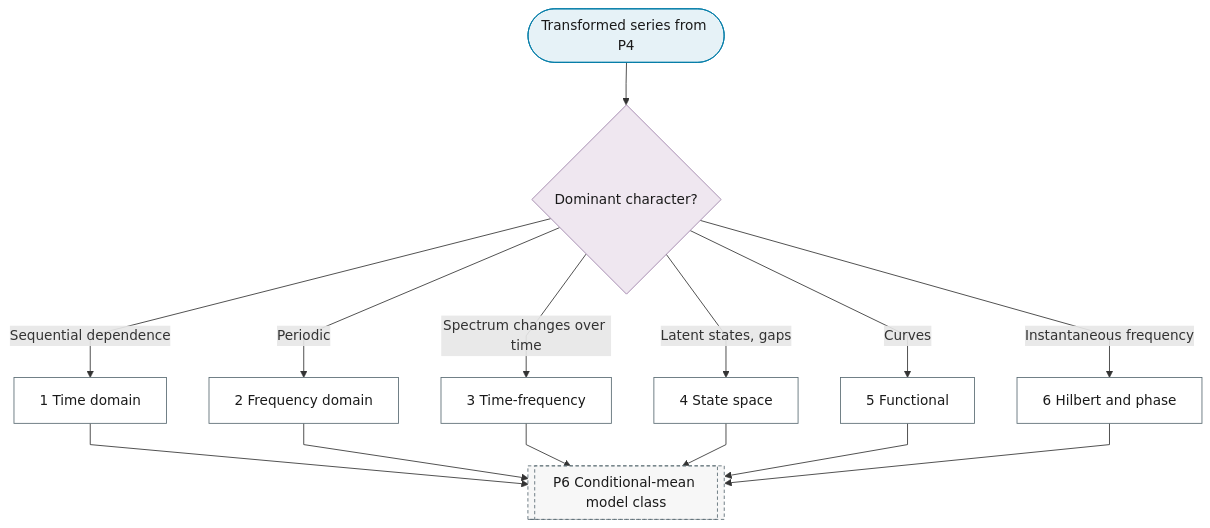
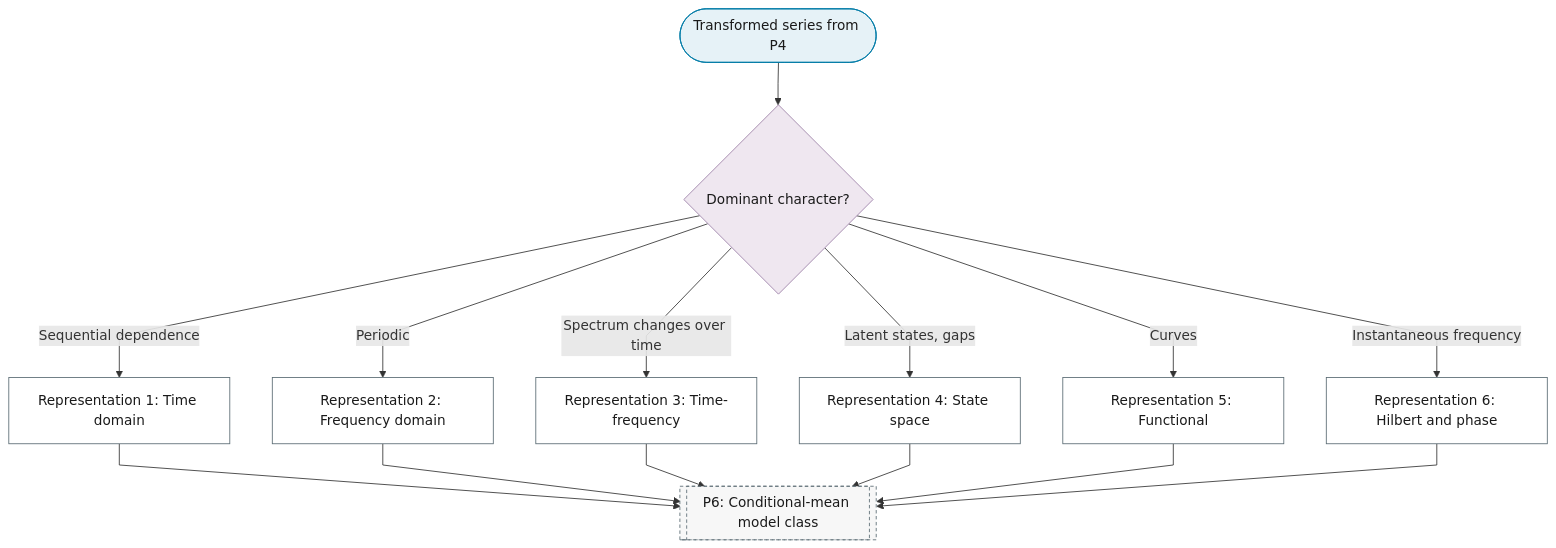
The diagram in docs/01-workflow/p05-representation/index.md (Shuxin-Y/time-series-analysis-manual), drawn with Mermaid before and after one commit. The commit also changed 17 other files, not shown here.

````diff
--- a/docs/01-workflow/p05-representation/index.md
+++ b/docs/01-workflow/p05-representation/index.md
@@ -9,24 +9,24 @@
 ```mermaid
 %%{init: {"flowchart": {"curve": "linear"}}}%%
 graph TD
     P5_IN(["Transformed series from P4"]) --> P5_CHARACTER{"Dominant character?"}
-    P5_CHARACTER -->|"Sequential dependence"| P5_TIME_DOMAIN["1 Time domain"]
-    P5_CHARACTER -->|"Periodic"| P5_FREQUENCY_DOMAIN["2 Frequency domain"]
-    P5_CHARACTER -->|"Spectrum changes over time"| P5_TIME_FREQUENCY["3 Time-frequency"]
-    P5_CHARACTER -->|"Latent states, gaps"| P5_STATE_SPACE["4 State space"]
-    P5_CHARACTER -->|"Curves"| P5_FUNCTIONAL["5 Functional"]
-    P5_CHARACTER -->|"Instantaneous frequency"| P5_HILBERT["6 Hilbert and phase"]
-    P5_TIME_DOMAIN & P5_FREQUENCY_DOMAIN & P5_TIME_FREQUENCY & P5_STATE_SPACE & P5_FUNCTIONAL & P5_HILBERT --> P6[["P6 Conditional-mean model class"]]
+    P5_CHARACTER -->|"Sequential dependence"| P5_TIME_DOMAIN["Representation 1: Time domain"]
+    P5_CHARACTER -->|"Periodic"| P5_FREQUENCY_DOMAIN["Representation 2: Frequency domain"]
+    P5_CHARACTER -->|"Spectrum changes over time"| P5_TIME_FREQUENCY["Representation 3: Time-frequency"]
+    P5_CHARACTER -->|"Latent states, gaps"| P5_STATE_SPACE["Representation 4: State space"]
+    P5_CHARACTER -->|"Curves"| P5_FUNCTIONAL["Representation 5: Functional"]
+    P5_CHARACTER -->|"Instantaneous frequency"| P5_HILBERT["Representation 6: Hilbert and phase"]
+    P5_TIME_DOMAIN & P5_FREQUENCY_DOMAIN & P5_TIME_FREQUENCY & P5_STATE_SPACE & P5_FUNCTIONAL & P5_HILBERT --> P6[["P6: Conditional-mean model class"]]
     class P5_IN terminator
     class P5_CHARACTER decision
     class P5_TIME_DOMAIN,P5_FREQUENCY_DOMAIN,P5_TIME_FREQUENCY,P5_STATE_SPACE,P5_FUNCTIONAL,P5_HILBERT process
     class P6 ref
     classDef terminator fill:#E6F2F7,stroke:#007BA7,color:#1A1A1A;
     classDef process fill:#FFFFFF,stroke:#5A6B73,color:#1A1A1A;
     classDef decision fill:#EFE7F0,stroke:#9B7FA7,color:#1A1A1A;
     classDef data fill:#FFF4E0,stroke:#C9A55E,color:#1A1A1A;
     classDef good fill:#DCEFD8,stroke:#4A7A3F,color:#1A1A1A;
     classDef escalate fill:#FFE9C2,stroke:#C9A55E,color:#1A1A1A;
     classDef problem fill:#F2D9DE,stroke:#800020,color:#1A1A1A;
     classDef ref fill:#F7F7F7,stroke:#5A6B73,color:#1A1A1A,stroke-dasharray:4 3;
 ```
````
